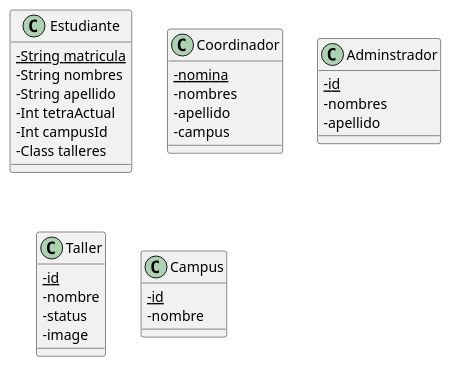
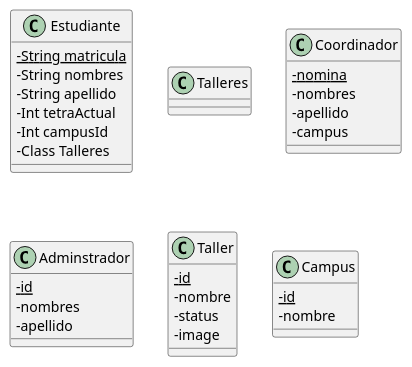
The diagram in Reto/Base de datos.md (facund015/codeRelatedObsidianNotes), drawn with PlantUML before and after one commit.

Commit message:
vault backup: 2021-10-12 12:14:04

````diff
--- a/Reto/Base de datos.md
+++ b/Reto/Base de datos.md
@@ -2,39 +2,43 @@
 ```plantuml
 @startuml
 skinparam classAttributeIconSize 0
 class Estudiante {
 	{static} - String matricula
 	-String nombres
 	-String apellido
 	-Int tetraActual
 	-Int campusId
-	-Class talleres
+	-Class Talleres
+}
+
+class Talleres {
+	
 }
 
 class Coordinador {
 	{static} -nomina
 	-nombres
 	-apellido
 	-campus
 }
 
 class Adminstrador {
 	{static} -id
 	-nombres
 	-apellido
 }
 
 class Taller {
     {static} - id 
     - nombre
     - status
     - image
 }
 
 class Campus {
 	{static} -id
 	-nombre
 }
 
 @enduml
 ```
````
